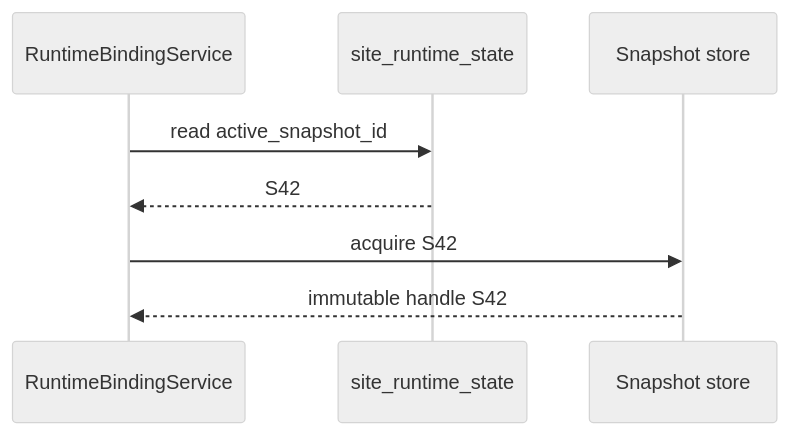
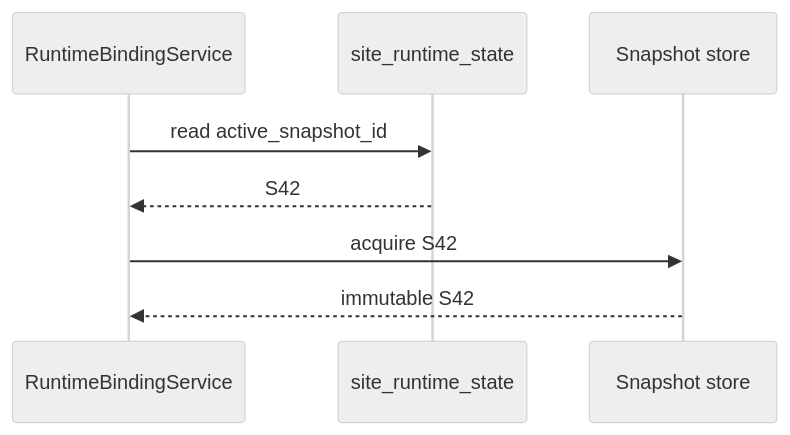
The second of 11 diagrams in content/versions/v0/developer/resource-runtime.mdx (taskmigo/docs), drawn with Mermaid (neutral theme) before and after one commit. The commit also changed other lines of this file, not shown here.

Commit message:
docs: streamline runtime binding implementation

````diff
--- a/content/versions/v0/developer/resource-runtime.mdx
+++ b/content/versions/v0/developer/resource-runtime.mdx
@@ -135,11 +104,11 @@
 ```mermaid
 sequenceDiagram
   participant Binding as RuntimeBindingService
   participant State as site_runtime_state
-  participant Snapshot as Snapshot store
+  participant Store as Snapshot store
 
   Binding->>State: read active_snapshot_id
   State-->>Binding: S42
-  Binding->>Snapshot: acquire S42
-  Snapshot-->>Binding: immutable handle S42
+  Binding->>Store: acquire S42
+  Store-->>Binding: immutable S42
 ```
````
